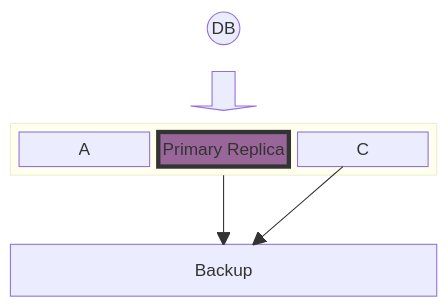
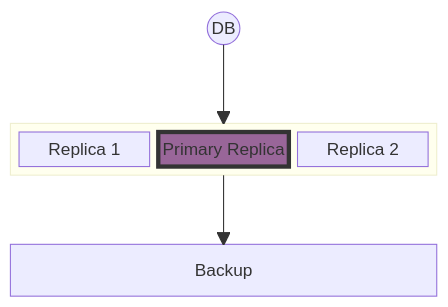
Diagram 39 of 53 in test/mermaid-demo.md (hubo1989/Medit), drawn with Mermaid before and after one commit. The commit also changed other lines of this file, not shown here.

Commit message:
refactor: update Mermaid chart configurations and improve syntax consistency

````diff
--- a/test/mermaid-demo.md
+++ b/test/mermaid-demo.md
@@ -905,16 +905,18 @@
 ```mermaid
-block
-columns 1
+block-beta
+  columns 1
   db(("DB"))
-  blockArrowId6<["&nbsp;&nbsp;&nbsp;"]>(down)
+  space
   block:ID
-    A
+    A["Replica 1"]
     B["Primary Replica"]
-    C
+    C["Replica 2"]
   end
   space
   D["Backup"]
+
+  db --> ID
   ID --> D
-  C --> D
+
   style B fill:#969,stroke:#333,stroke-width:4px
 ```
````
